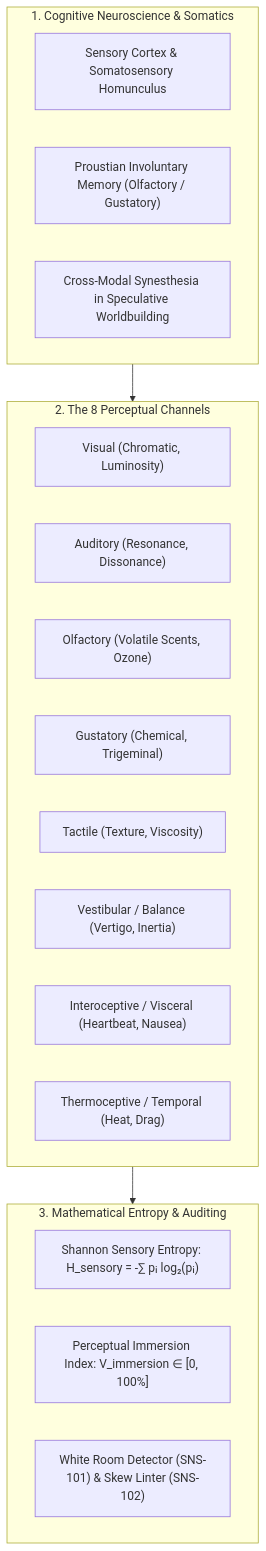
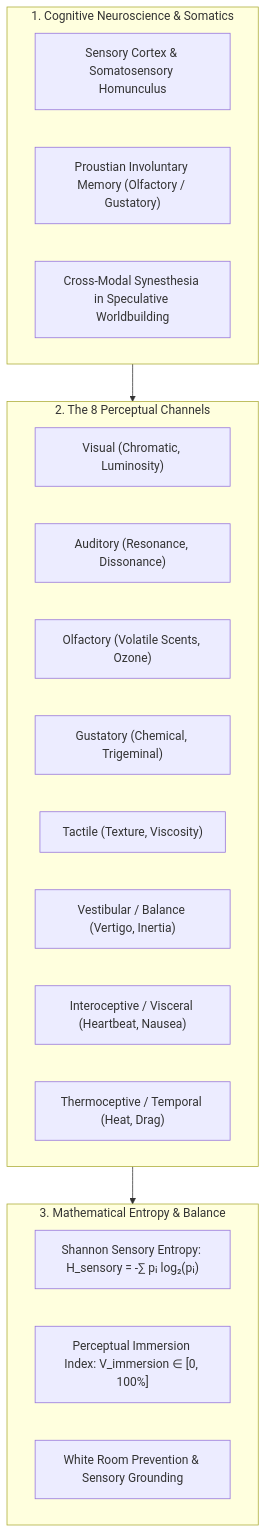
One commit to aryansinghnagar/Ars-Arcanum changed the first of 2 diagrams in docs/SENSES.md. Above: the diagram before and after it, drawn with Mermaid. The commit also changed other lines of this file and 12 other files, not shown here.

````diff
--- a/docs/SENSES.md
+++ b/docs/SENSES.md
@@ -14,27 +12,27 @@
 ```mermaid
 flowchart TD
     subgraph SomatosensoryNeuro["1. Cognitive Neuroscience & Somatics"]
         Neuro["Sensory Cortex & Somatosensory Homunculus"]
         Proust["Proustian Involuntary Memory (Olfactory / Gustatory)"]
         Synesthesia["Cross-Modal Synesthesia in Speculative Worldbuilding"]
     end
 
     subgraph SensoryChannels["2. The 8 Perceptual Channels"]
         C1["Visual (Chromatic, Luminosity)"]
         C2["Auditory (Resonance, Dissonance)"]
         C3["Olfactory (Volatile Scents, Ozone)"]
         C4["Gustatory (Chemical, Trigeminal)"]
         C5["Tactile (Texture, Viscosity)"]
         C6["Vestibular / Balance (Vertigo, Inertia)"]
         C7["Interoceptive / Visceral (Heartbeat, Nausea)"]
         C8["Thermoceptive / Temporal (Heat, Drag)"]
     end
 
-    subgraph InformationTheory["3. Mathematical Entropy & Auditing"]
+    subgraph InformationTheory["3. Mathematical Entropy & Balance"]
         Shannon["Shannon Sensory Entropy: H_sensory = -∑ pᵢ log₂(pᵢ)"]
         Vividness["Perceptual Immersion Index: V_immersion ∈ [0, 100%]"]
-        WhiteRoom["White Room Detector (SNS-101) & Skew Linter (SNS-102)"]
+        WhiteRoom["White Room Prevention & Sensory Grounding"]
     end
 
     SomatosensoryNeuro --> SensoryChannels --> InformationTheory
 ```
````
